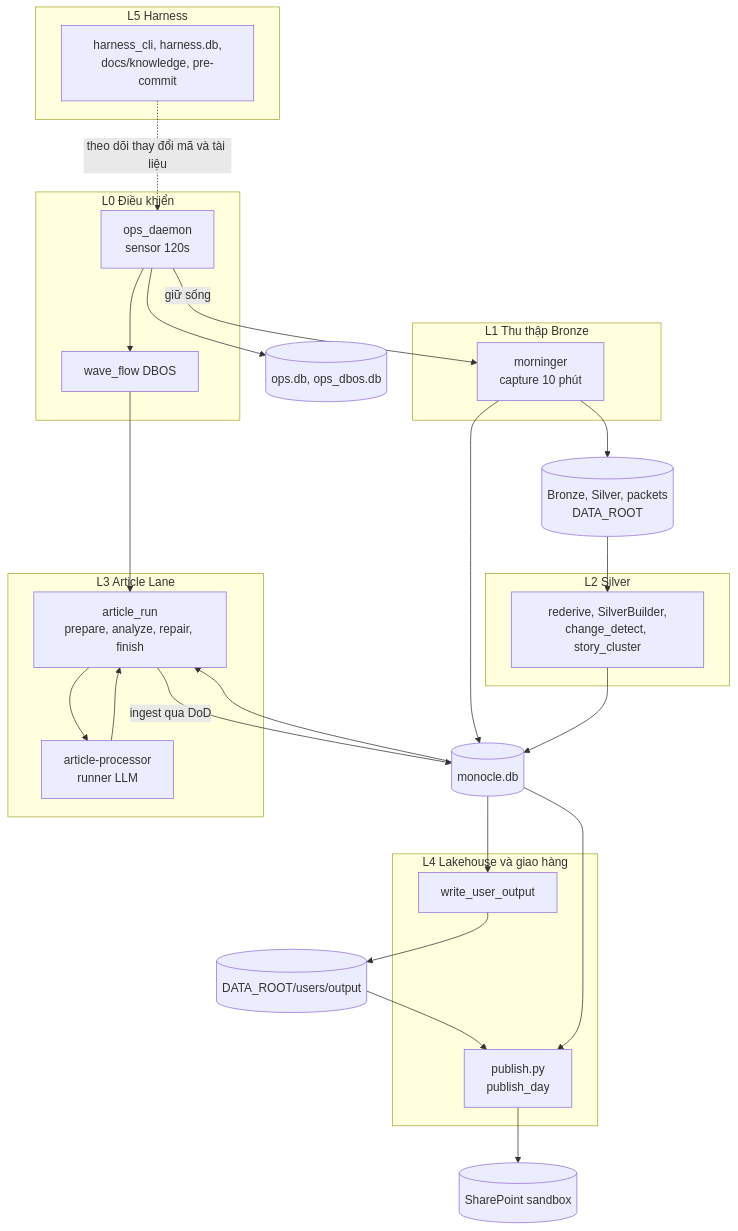
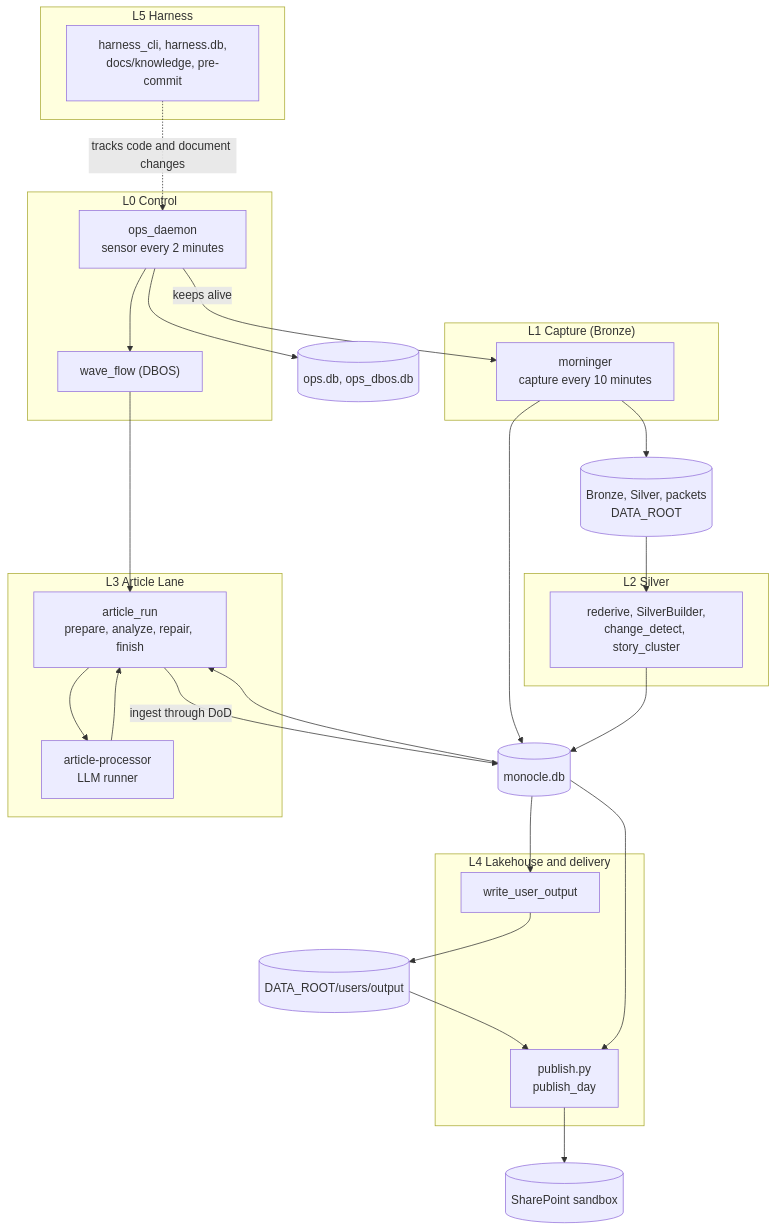
The diagram in project/docs/diagrams/01-containers.mmd (Tuanan172-py/fts-news-scape), drawn with Mermaid before and after one commit. The commit also changed 33 other files, not shown here.

Commit message:
feat: standardize offline workflow diagrams to English, add skills council proposal and wave automation scripts (US-048)

```diff
--- a/project/docs/diagrams/01-containers.mmd
+++ b/project/docs/diagrams/01-containers.mmd
@@ -1,42 +1,42 @@
-%% title: Sáu lớp và kho dữ liệu (C4 mức 2)
-%% desc: Các container chính L0 đến L5 và kho dữ liệu dùng chung.
+%% title: Six layers and data stores (C4 level 2)
+%% desc: The main containers of layers L0 to L5 and the shared data stores.
 flowchart TB
-  subgraph L0["L0 Điều khiển"]
-    DM["ops_daemon<br/>sensor 120s"]
-    WF["wave_flow DBOS"]
+  subgraph L0["L0 Control"]
+    DM["ops_daemon<br/>sensor every 2 minutes"]
+    WF["wave_flow (DBOS)"]
   end
-  subgraph L1["L1 Thu thập Bronze"]
-    MO["morninger<br/>capture 10 phút"]
+  subgraph L1["L1 Capture (Bronze)"]
+    MO["morninger<br/>capture every 10 minutes"]
   end
   subgraph L2["L2 Silver"]
     SB["rederive, SilverBuilder,<br/>change_detect, story_cluster"]
   end
   subgraph L3["L3 Article Lane"]
     AR["article_run<br/>prepare, analyze, repair, finish"]
-    AP["article-processor<br/>runner LLM"]
+    AP["article-processor<br/>LLM runner"]
   end
-  subgraph L4["L4 Lakehouse và giao hàng"]
+  subgraph L4["L4 Lakehouse and delivery"]
     WU["write_user_output"]
     PB["publish.py<br/>publish_day"]
   end
   subgraph L5["L5 Harness"]
     HC["harness_cli, harness.db,<br/>docs/knowledge, pre-commit"]
   end
   DB[("monocle.db")]
   FS[("Bronze, Silver, packets<br/>DATA_ROOT")]
   OPS[("ops.db, ops_dbos.db")]
   XL[("DATA_ROOT/users/output")]
   SP[("SharePoint sandbox")]
 
   DM --> WF --> AR
-  DM -->|"giữ sống"| MO
+  DM -->|"keeps alive"| MO
   MO --> FS
   MO --> DB
   FS --> SB --> DB
   DB --> AR --> AP --> AR
-  AR -->|"ingest qua DoD"| DB
+  AR -->|"ingest through DoD"| DB
   DB --> WU --> XL
   XL --> PB
   DB --> PB --> SP
   DM --> OPS
-  HC -.->|"theo dõi thay đổi mã và tài liệu"| DM
+  HC -.->|"tracks code and document changes"| DM
```
